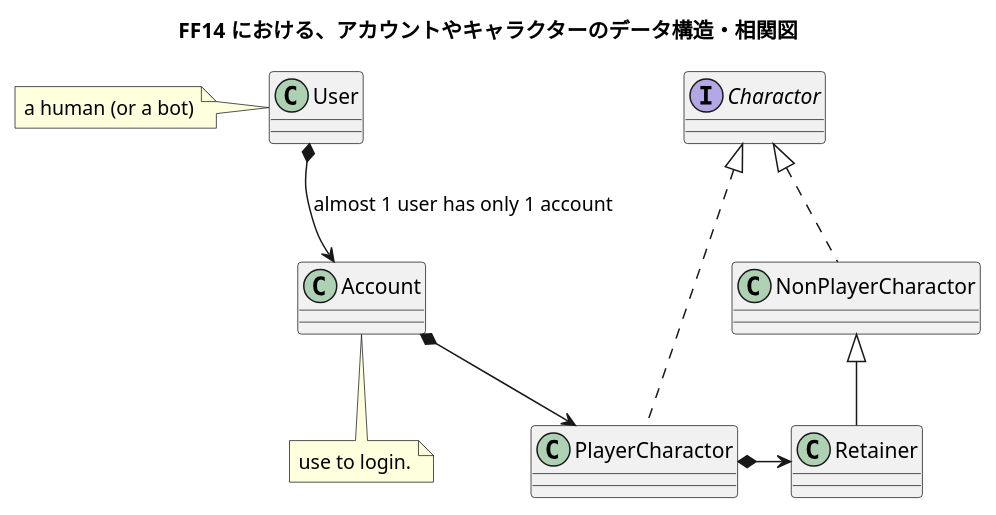
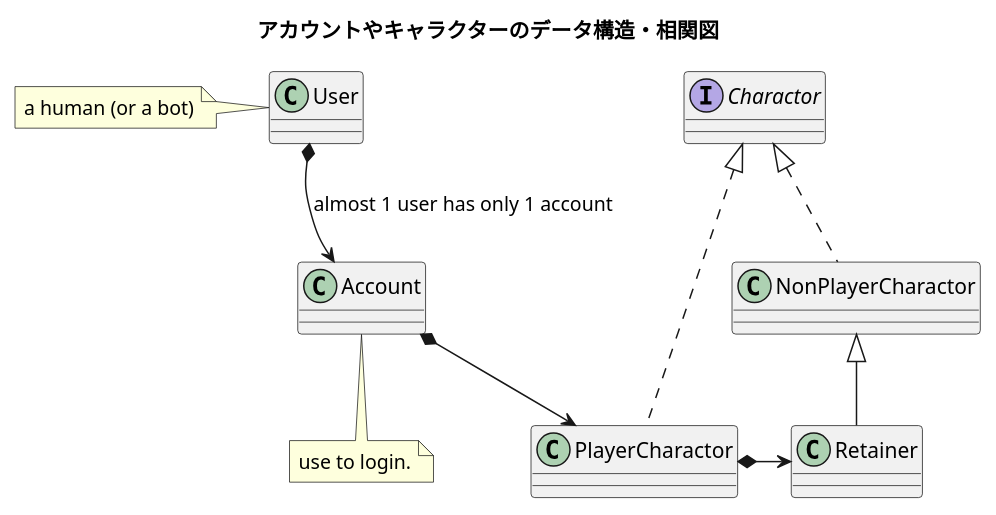
The diagram in docs/user-charactor-data-structure.md (ndxbn/ndxbn), drawn with PlantUML before and after one commit. The commit also changed other lines of this file, not shown here.

````diff
--- a/docs/user-charactor-data-structure.md
+++ b/docs/user-charactor-data-structure.md
@@ -3,21 +5,21 @@
 ```puml
 @startuml
-title FF14 における、アカウントやキャラクターのデータ構造・相関図
+title アカウントやキャラクターのデータ構造・相関図
 class User
 note left
   a human (or a bot)
 end note
 class Account
 note bottom
   use to login.
 end note
 interface Charactor
 class PlayerCharactor implements Charactor
 class NonPlayerCharactor implements Charactor
 class Retainer extends NonPlayerCharactor
 
 User *--> Account : almost 1 user has only 1 account
 Account *--> PlayerCharactor
 PlayerCharactor *-> Retainer
 @enduml
 ```
````
